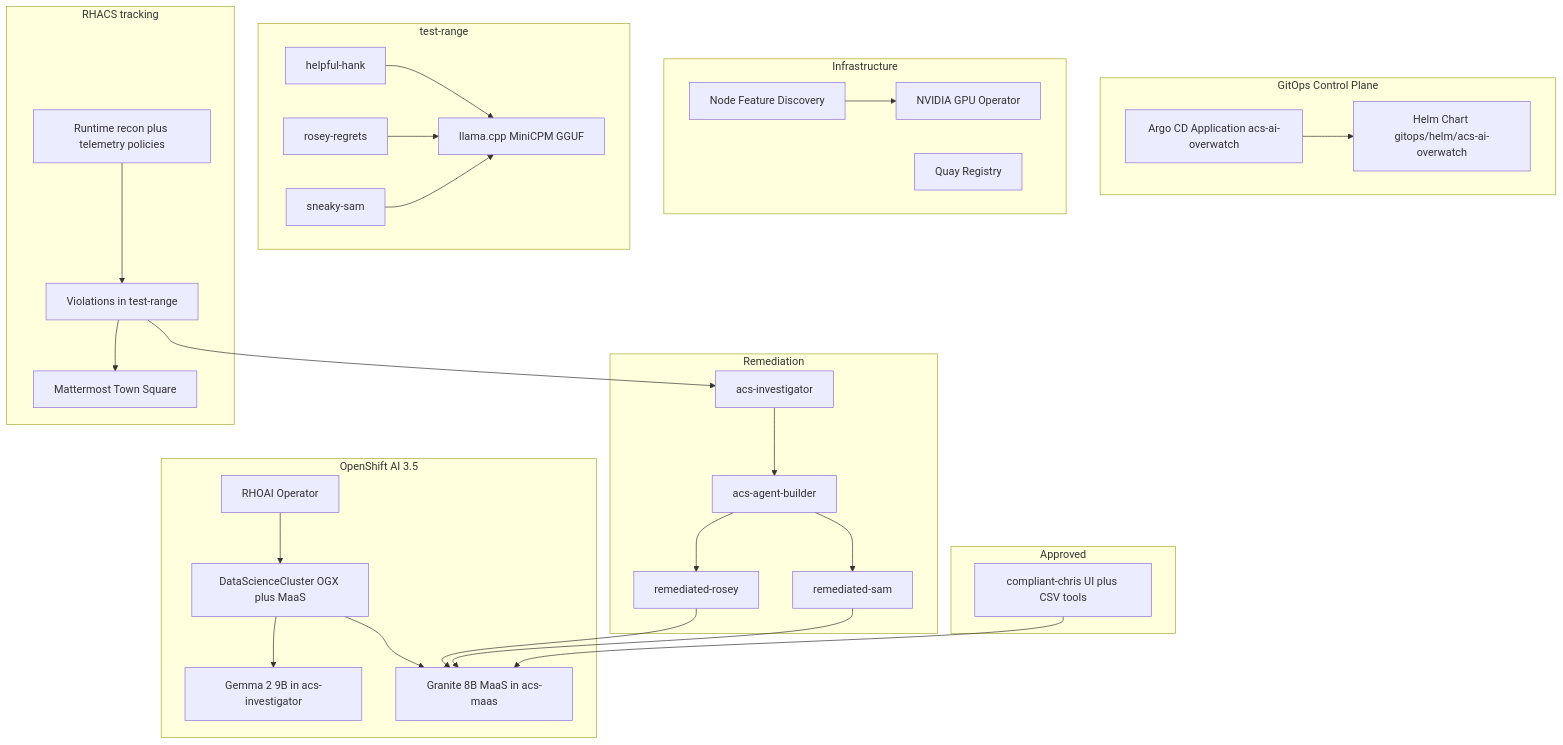
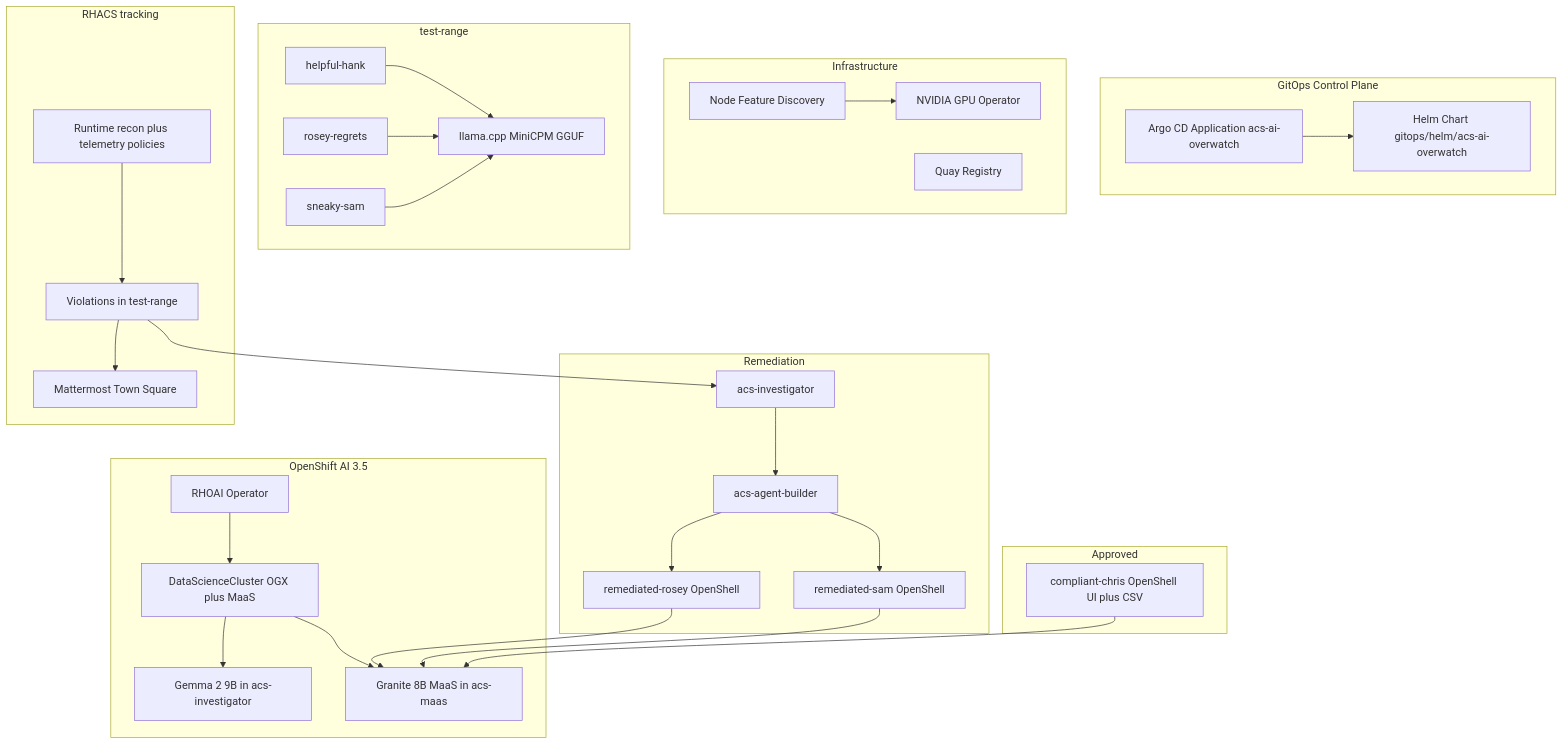
One commit to RedCupofJoe/acs-ai-overwatch changed the diagram in README.md. Above: the diagram before and after it, drawn with Mermaid. The commit also changed other lines of this file and 17 other files, not shown here.

Commit message:
Run Compliant Chris on OpenShell from the start and rebuild rogue agents onto that runtime after ACS.

````diff
--- a/README.md
+++ b/README.md
@@ -195,61 +196,61 @@
 ```mermaid
 flowchart TB
   subgraph GitOps["GitOps Control Plane"]
     ArgoCD["Argo CD Application acs-ai-overwatch"]
     Helm["Helm Chart gitops/helm/acs-ai-overwatch"]
     ArgoCD --> Helm
   end
 
   subgraph Infra["Infrastructure"]
     NFD["Node Feature Discovery"]
     GPUOp["NVIDIA GPU Operator"]
     Quay["Quay Registry"]
     NFD --> GPUOp
   end
 
   subgraph AI["OpenShift AI 3.5"]
     RHOAI["RHOAI Operator"]
     DSC["DataScienceCluster OGX plus MaaS"]
     Gemma["Gemma 2 9B in acs-investigator"]
     Granite["Granite 8B MaaS in acs-maas"]
     RHOAI --> DSC
     DSC --> Gemma
     DSC --> Granite
   end
 
   subgraph Rogue["test-range"]
     Hank["helpful-hank"]
     Rosey["rosey-regrets"]
     Sam["sneaky-sam"]
     MiniCPM["llama.cpp MiniCPM GGUF"]
     Hank --> MiniCPM
     Rosey --> MiniCPM
     Sam --> MiniCPM
   end
 
   subgraph Fix["Remediation"]
     Inv["acs-investigator"]
     Bld["acs-agent-builder"]
-    RRosey["remediated-rosey"]
-    RSam["remediated-sam"]
+    RRosey["remediated-rosey OpenShell"]
+    RSam["remediated-sam OpenShell"]
     Inv --> Bld
     Bld --> RRosey
     Bld --> RSam
     RRosey --> Granite
     RSam --> Granite
   end
 
   subgraph Approved["Approved"]
-    Chris["compliant-chris UI plus CSV tools"]
+    Chris["compliant-chris OpenShell UI plus CSV"]
     Chris --> Granite
   end
 
   subgraph Security["RHACS tracking"]
     Policy["Runtime recon plus telemetry policies"]
     Viol["Violations in test-range"]
     MM["Mattermost Town Square"]
     Policy --> Viol
     Viol --> MM
     Viol --> Inv
   end
 ```
````
